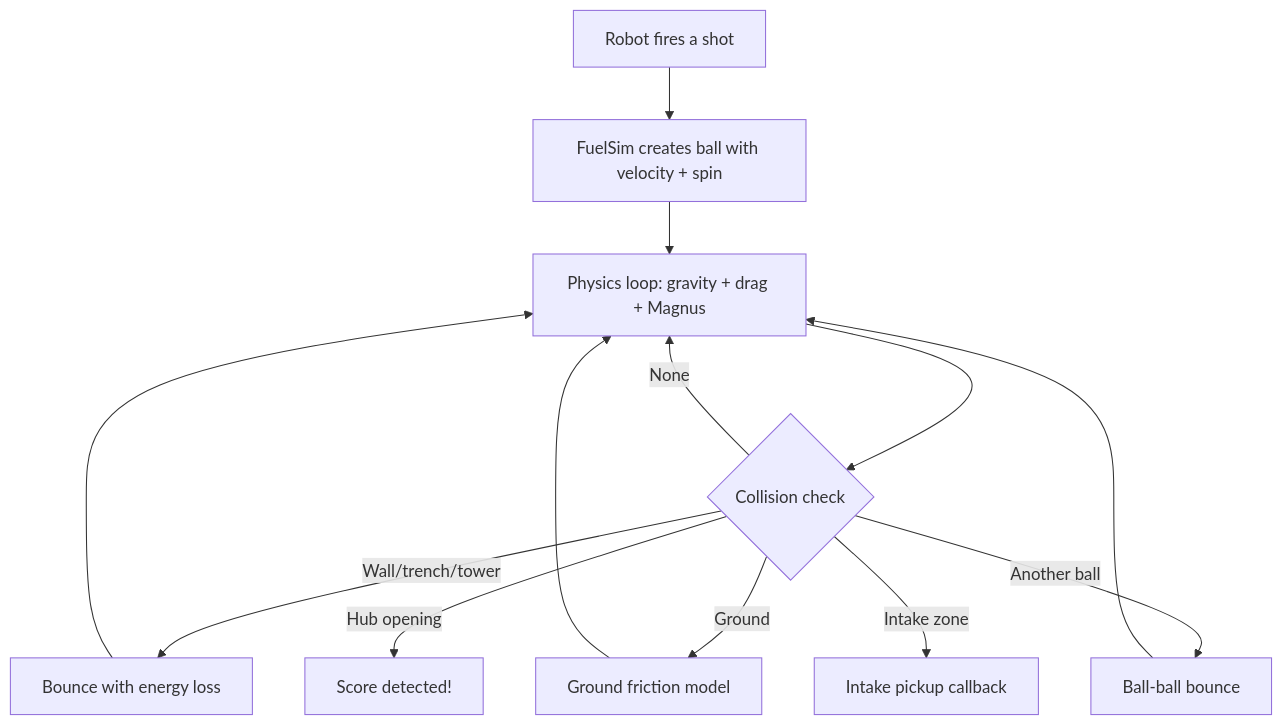
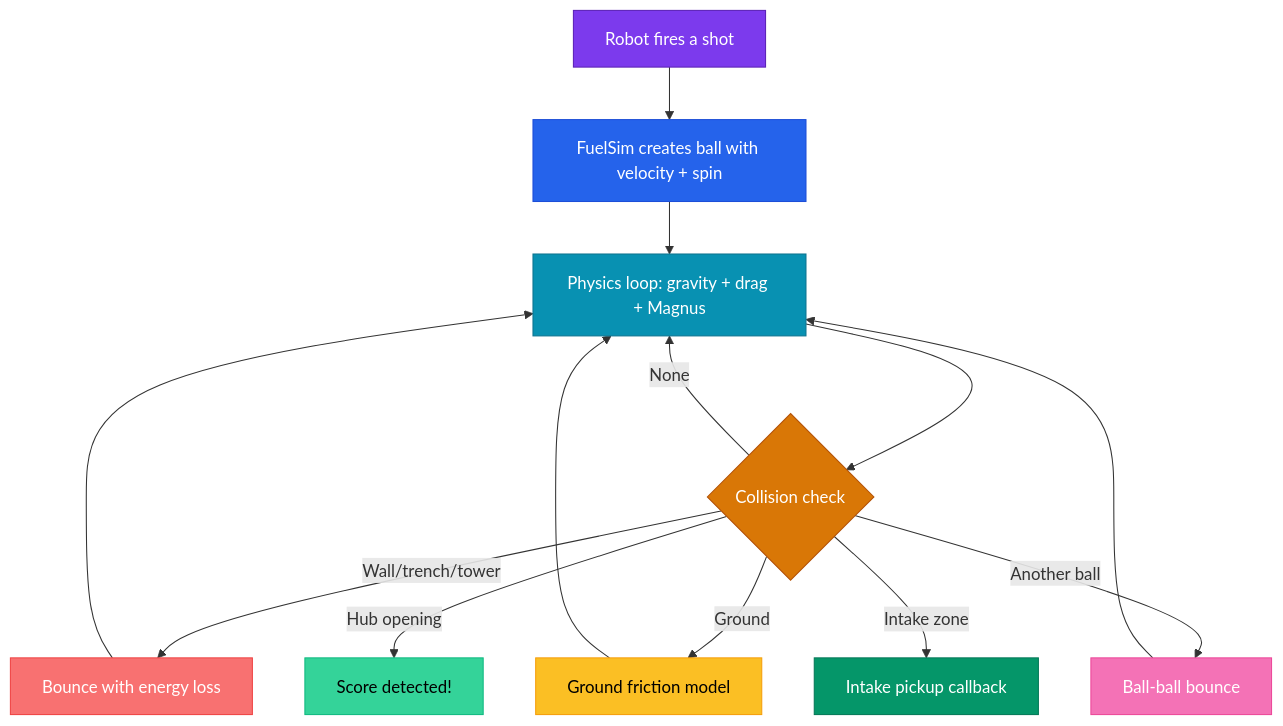
One commit to eeveemara/frc5962-2026-docs changed the diagram in docs/engineering/fuel-simulation.md. Above: the diagram before and after it, drawn with Mermaid. The commit also changed 14 other files, not shown here.

Commit message:
Add explicit colors to all 20 mermaid diagrams for GitBook dark mode

````diff
--- a/docs/engineering/fuel-simulation.md
+++ b/docs/engineering/fuel-simulation.md
@@ -50,15 +50,25 @@
 ```mermaid
 flowchart TD
     SHOT[Robot fires a shot] --> LAUNCH[FuelSim creates ball with velocity + spin]
     LAUNCH --> PHYSICS[Physics loop: gravity + drag + Magnus]
     PHYSICS --> COLLISION{Collision check}
     COLLISION -->|Wall/trench/tower| BOUNCE[Bounce with energy loss]
     COLLISION -->|Hub opening| SCORE[Score detected!]
     COLLISION -->|Ground| ROLL[Ground friction model]
     COLLISION -->|Another ball| BALLBOUNCE[Ball-ball bounce]
     COLLISION -->|Intake zone| INTAKE[Intake pickup callback]
     COLLISION -->|None| PHYSICS
     BOUNCE --> PHYSICS
     ROLL --> PHYSICS
     BALLBOUNCE --> PHYSICS
+
+    style SHOT fill:#7c3aed,stroke:#5b21b6,color:#fff
+    style LAUNCH fill:#2563eb,stroke:#1d4ed8,color:#fff
+    style PHYSICS fill:#0891b2,stroke:#0e7490,color:#fff
+    style COLLISION fill:#d97706,stroke:#b45309,color:#fff
+    style BOUNCE fill:#f87171,stroke:#ef4444,color:#fff
+    style SCORE fill:#34d399,stroke:#10b981,color:#000
+    style ROLL fill:#fbbf24,stroke:#f59e0b,color:#000
+    style BALLBOUNCE fill:#f472b6,stroke:#ec4899,color:#fff
+    style INTAKE fill:#059669,stroke:#047857,color:#fff
 ```
````
